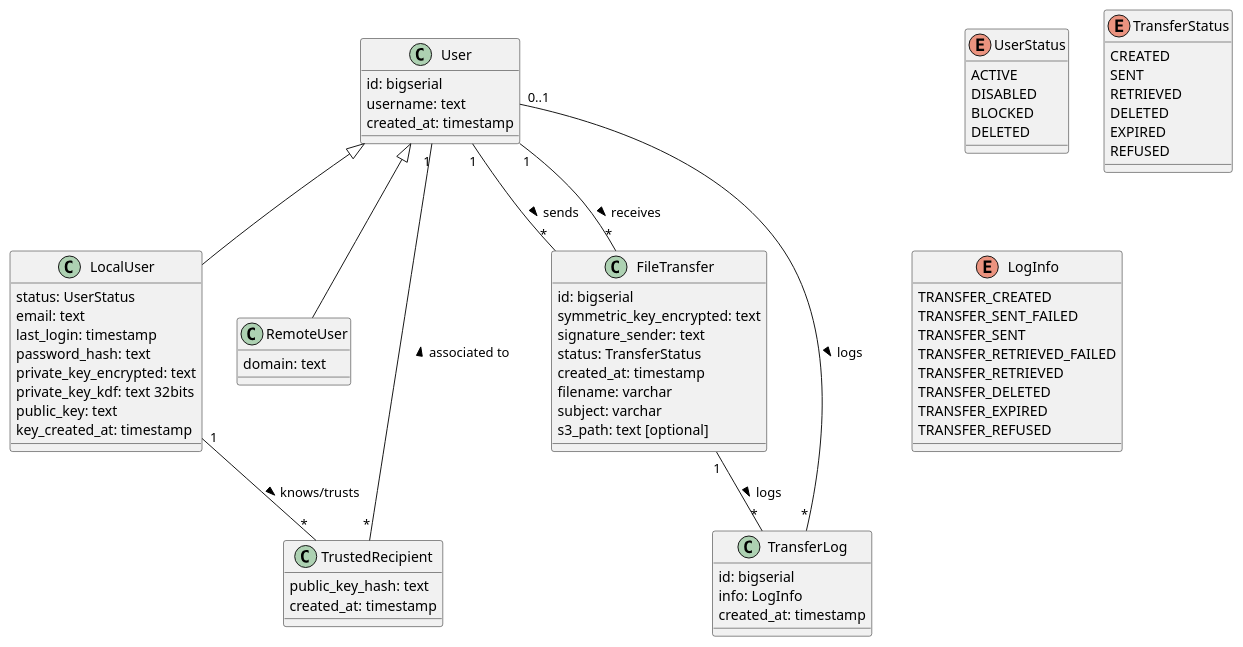
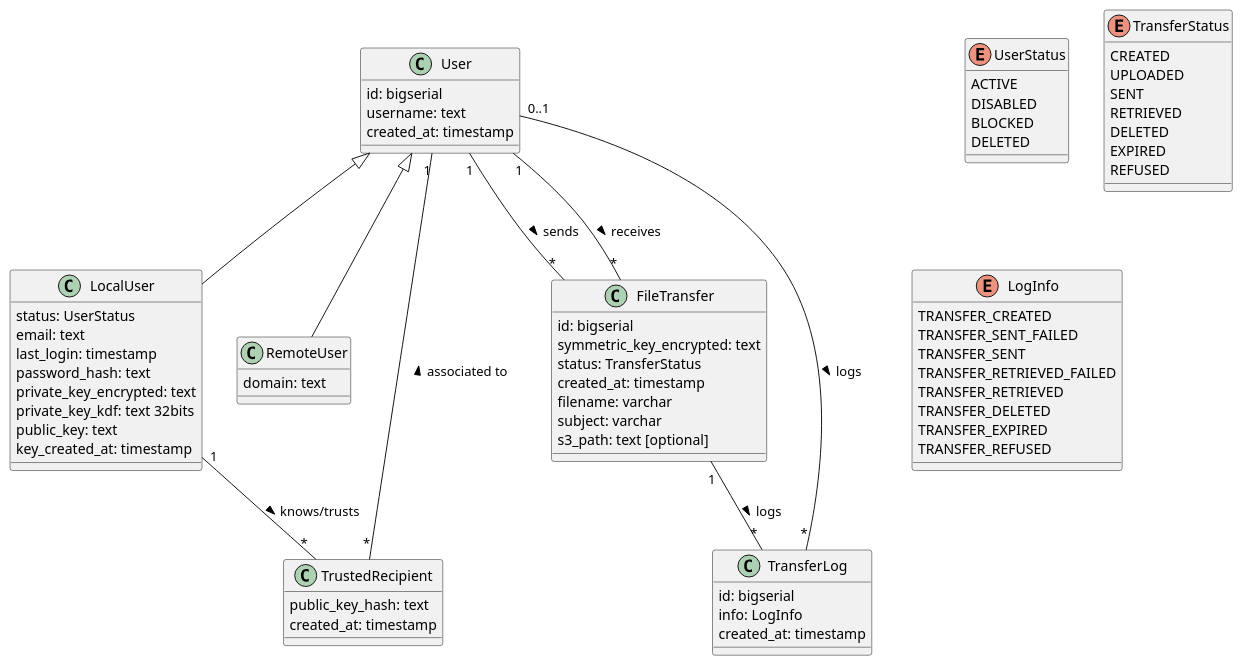
Before and after one commit to BananaTransfer/BananaTransfer: the diagram in documents/umls/database_schema.puml, drawn with PlantUML. The commit also changed 4 other files, not shown here.

Commit message:
update db schema and create migration to remove sender signature

```diff
--- a/documents/umls/database_schema.puml
+++ b/documents/umls/database_schema.puml
@@ -1,85 +1,85 @@
 @startuml
 
 enum UserStatus {
     ACTIVE
     DISABLED
     BLOCKED
     DELETED
 }
 
 enum TransferStatus {
     CREATED
+    UPLOADED
     SENT
     RETRIEVED
     DELETED
     EXPIRED
     REFUSED
 }
 
 enum LogInfo {
     TRANSFER_CREATED
     TRANSFER_SENT_FAILED
     TRANSFER_SENT
     TRANSFER_RETRIEVED_FAILED
     TRANSFER_RETRIEVED
     TRANSFER_DELETED
     TRANSFER_EXPIRED
     TRANSFER_REFUSED
 }
 
 class User {
     id: bigserial
     username: text
     created_at: timestamp
 }
 
 class LocalUser {
     status: UserStatus
     email: text
     last_login: timestamp
     password_hash: text
     private_key_encrypted: text
     private_key_kdf: text 32bits
     public_key: text
     key_created_at: timestamp
 }
 
 class RemoteUser {
     domain: text
 }
 
 class FileTransfer {
     id: bigserial
     symmetric_key_encrypted: text
-    signature_sender: text
     status: TransferStatus
     created_at: timestamp
     filename: varchar
     subject: varchar
     s3_path: text [optional]
 }
 
 class TrustedRecipient {
     public_key_hash: text
     created_at: timestamp
 }
 
 class TransferLog {
     id: bigserial
     info: LogInfo
     created_at: timestamp
 }
 
 LocalUser -up-|> User
 RemoteUser -up-|> User
 
 User "1" -- "*" FileTransfer: sends >
 User "1" -- "*" FileTransfer: receives >
 
 LocalUser "1" -- "*" TrustedRecipient: knows/trusts >
 TrustedRecipient "*" -- "1" User: associated to >
 
 User "0..1" -- "*" TransferLog: logs >
 FileTransfer "1" -- "*" TransferLog: logs >
 
 @enduml
```
